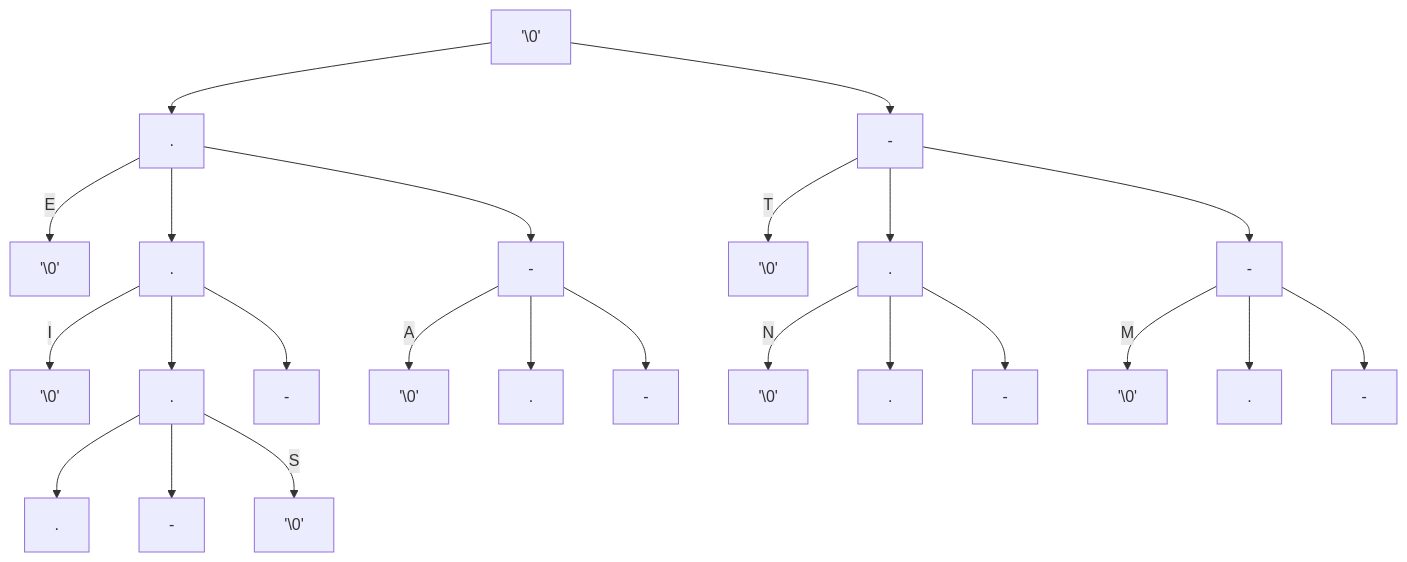
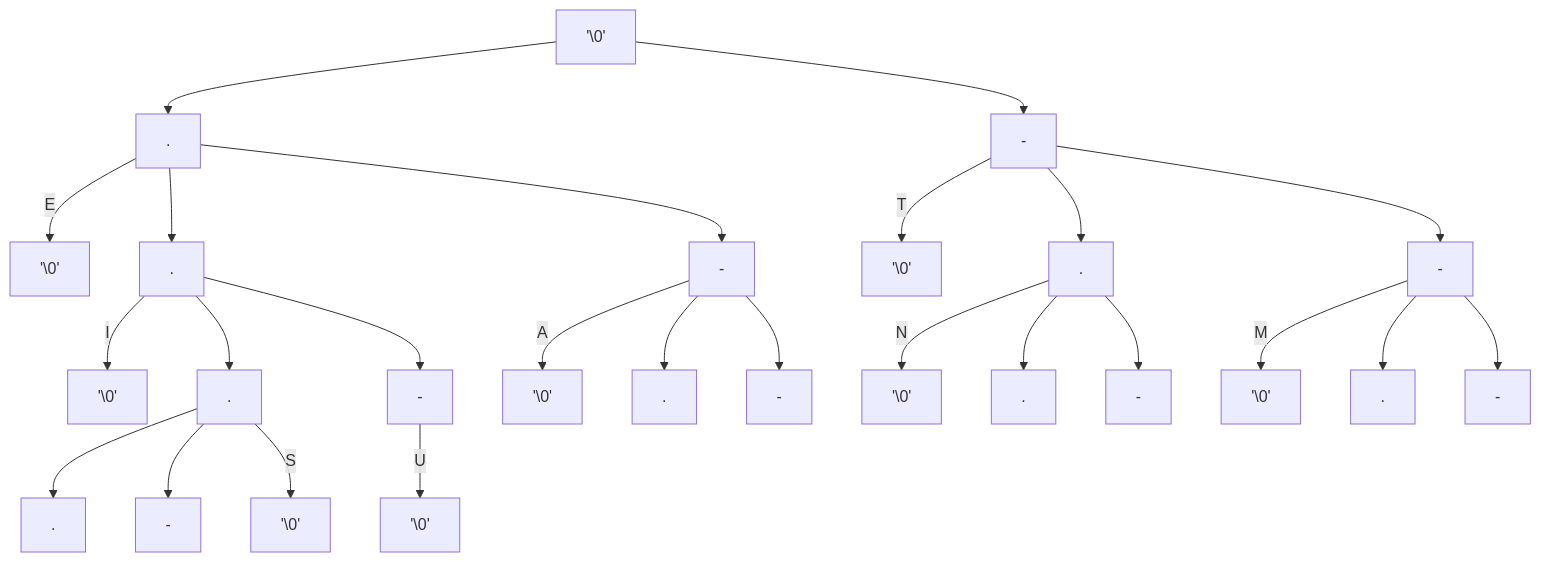
One commit to mmcnally1/arduino-projects changed the second of 2 diagrams in morse-code/README.md. Above: the diagram before and after it, drawn with Mermaid.

````diff
--- a/morse-code/README.md
+++ b/morse-code/README.md
@@ -27,27 +27,28 @@
 ```mermaid
 graph TD;
 A['\0'] --> B[.]
 A['\0'] --> H[-]
 B[.] -- E --> C['\0']
 B[.] --> D[.]
 D[.] -- I --> E['\0']
 B[.] --> F[-]
 F[-] -- A --> G['\0']
 H[-] -- T --> I['\0']
 H[-] --> J[.]
 J[.] -- N --> K['\0']
 H[-] --> L[-]
 L[-] -- M --> M['\0']
 D[.] --> N[.]
 D[.] --> O[-]
 L[-] --> P[.]
 L[-] --> Q[-]
 F[-] --> R[.]
 F[-] --> S[-]
 N[.] --> T[.]
 N[.] --> U[-]
 N[.] -- S --> V['\0']
 J[.] --> W[.]
 J[.] --> X[-]
+O[-] -- U --> Y['\0']
 
 ```
````
